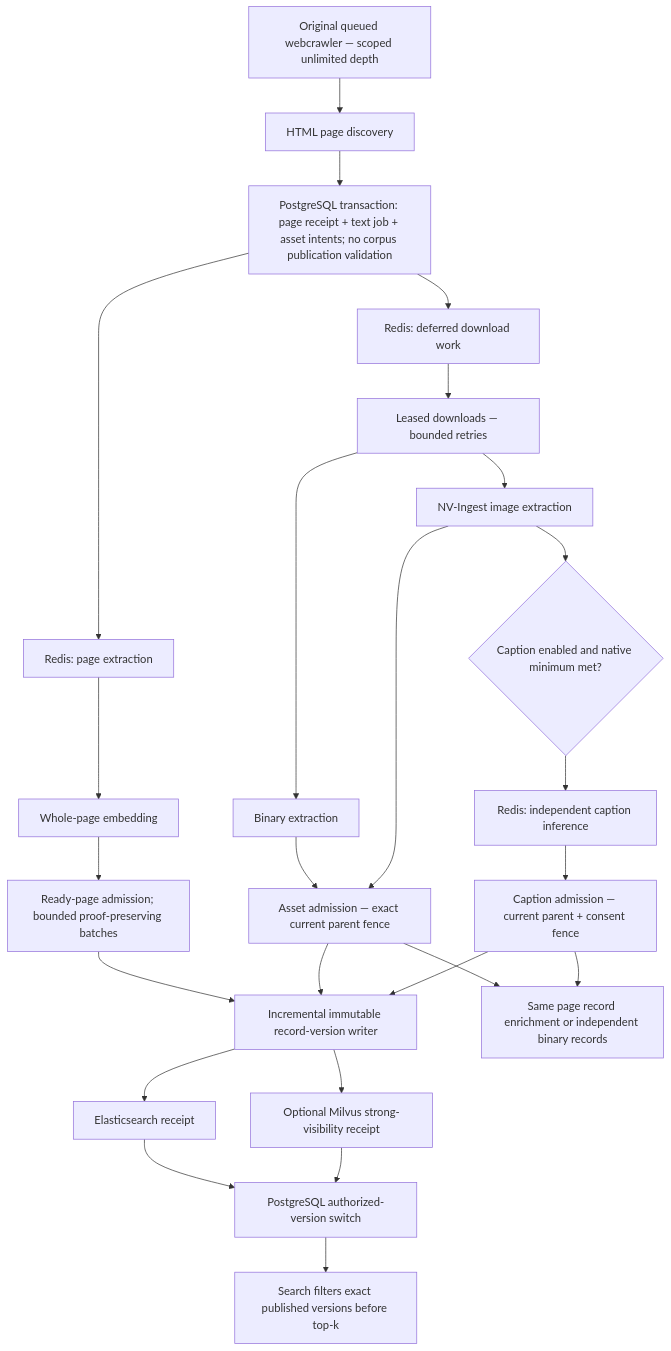
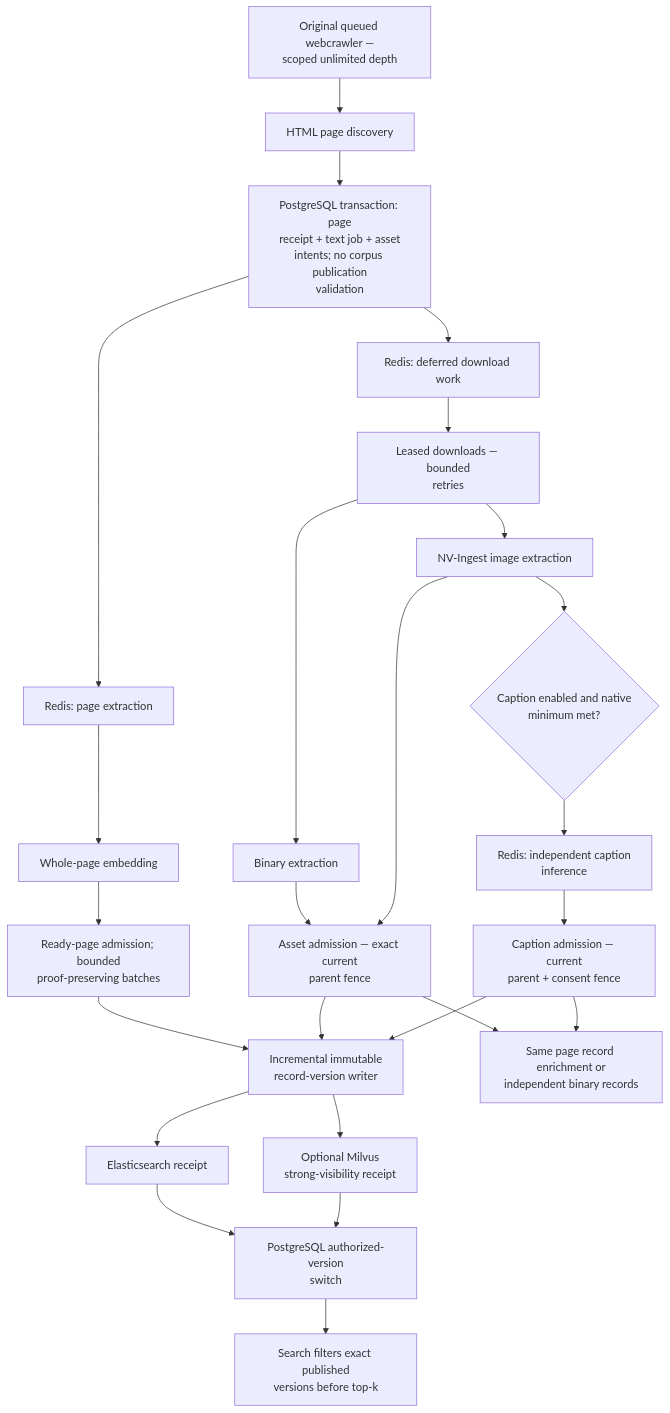
Before and after one commit to joncoons/runai-rag-agentic: the diagram in diagrams/independent-web-ingestion.mmd, drawn with Mermaid. The commit also changed 16 other files, not shown here.

Commit message:
Fix diagram label clipping with native SVG previews

```diff
--- a/diagrams/independent-web-ingestion.mmd
+++ b/diagrams/independent-web-ingestion.mmd
@@ -1,26 +1,26 @@
 flowchart TD
-  W[Original queued webcrawler — scoped unlimited depth] --> P[HTML page discovery]
-  P --> T[PostgreSQL transaction: page receipt + text job + asset intents; no corpus publication validation]
-  T --> Q[Redis: page extraction]
-  Q --> E[Whole-page embedding]
-  E --> A[Ready-page admission; bounded proof-preserving batches]
-  A --> V[Incremental immutable record-version writer]
-  V --> ES[Elasticsearch receipt]
-  V --> MV[Optional Milvus strong-visibility receipt]
-  ES --> PG[PostgreSQL authorized-version switch]
+  W["Original queued webcrawler —<br/>scoped unlimited depth"] --> P["HTML page discovery"]
+  P --> T["PostgreSQL transaction: page<br/>receipt + text job + asset<br/>intents; no corpus publication<br/>validation"]
+  T --> Q["Redis: page extraction"]
+  Q --> E["Whole-page embedding"]
+  E --> A["Ready-page admission; bounded<br/>proof-preserving batches"]
+  A --> V["Incremental immutable<br/>record-version writer"]
+  V --> ES["Elasticsearch receipt"]
+  V --> MV["Optional Milvus<br/>strong-visibility receipt"]
+  ES --> PG["PostgreSQL authorized-version<br/>switch"]
   MV --> PG
-  T --> D[Redis: deferred download work]
-  D --> L[Leased downloads — bounded retries]
-  L --> B[Binary extraction]
-  L --> I[NV-Ingest image extraction]
-  B --> AA[Asset admission — exact current parent fence]
+  T --> D["Redis: deferred download work"]
+  D --> L["Leased downloads — bounded<br/>retries"]
+  L --> B["Binary extraction"]
+  L --> I["NV-Ingest image extraction"]
+  B --> AA["Asset admission — exact current<br/>parent fence"]
   I --> AA
   AA --> V
-  I --> C{Caption enabled and native minimum met?}
-  C --> CQ[Redis: independent caption inference]
-  CQ --> CA[Caption admission — current parent + consent fence]
+  I --> C{"Caption enabled and native<br/>minimum met?"}
+  C --> CQ["Redis: independent caption<br/>inference"]
+  CQ --> CA["Caption admission — current<br/>parent + consent fence"]
   CA --> V
-  AA --> U[Same page record enrichment or independent binary records]
+  AA --> U["Same page record enrichment or<br/>independent binary records"]
   CA --> U
 
-  PG --> R[Search filters exact published versions before top-k]
+  PG --> R["Search filters exact published<br/>versions before top-k"]
```
